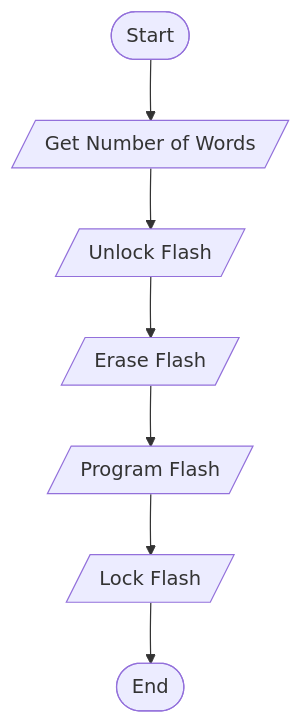
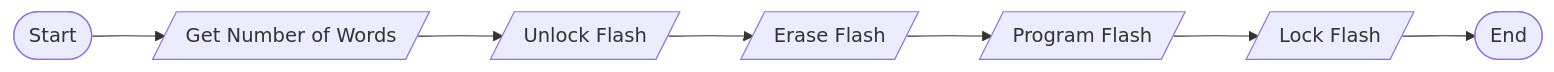
One commit to IanMosquera/STM32-Programming-Memory changed the diagram in README.md. Above: the diagram before and after it, drawn with Mermaid. The commit also changed other lines of this file, not shown here.

````diff
--- a/README.md
+++ b/README.md
@@ -64,9 +62,9 @@
 ```mermaid
-graph TD
-A([Start]) --> B[/Get Number of Words/]
-B[/Get Number of Words/] --> C[/Unlock Flash/]
-C[/Unlock Flash/] --> D[/Erase Flash/]
-D[/Erase Flash/] --> E[/Program Flash/]
-E[/Program Flash/] --> F[/Lock Flash/]
-F[/Lock Flash/] --> G([End])
+graph LR;
+A([Start]) --> B[/Get Number of Words/];
+B[/Get Number of Words/] --> C[/Unlock Flash/];
+C[/Unlock Flash/] --> D[/Erase Flash/];
+D[/Erase Flash/] --> E[/Program Flash/];
+E[/Program Flash/] --> F[/Lock Flash/];
+F[/Lock Flash/] --> G([End]);
 ```
````
